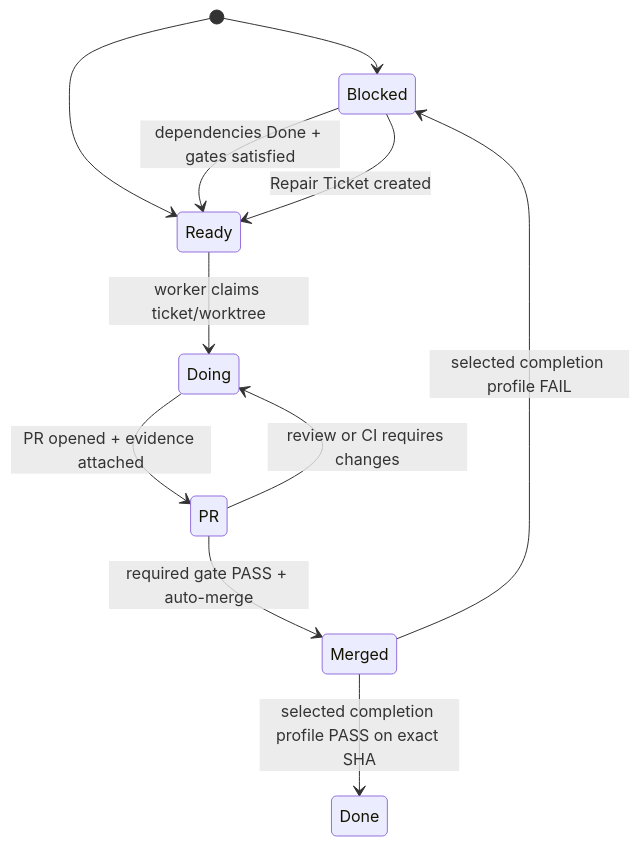
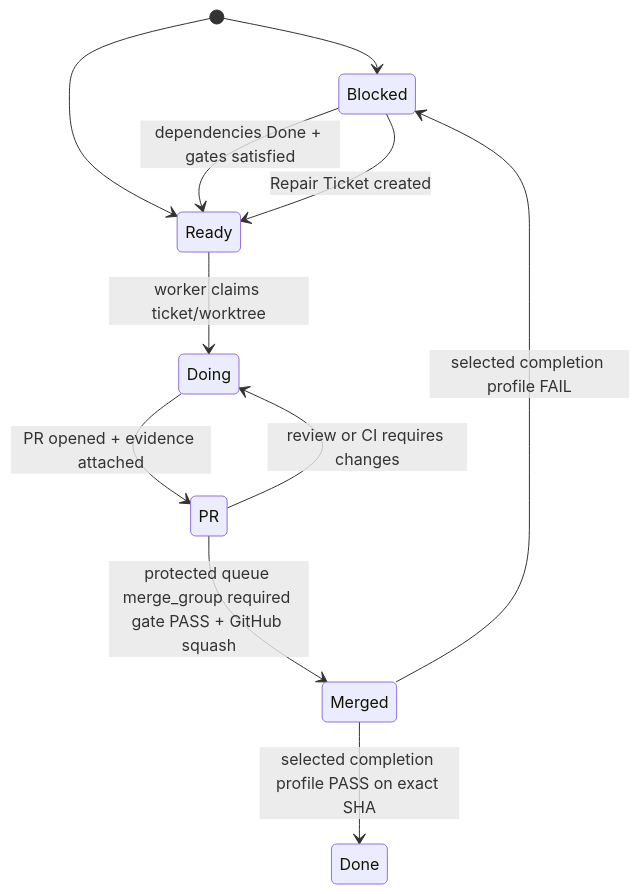
Before and after one commit to Wells-Huang/obs-voice-command-windows: the fourth of 4 diagrams in docs/plans/2026-08-17-windows-11-port-plan.md, drawn with Mermaid. The commit also changed other lines of this file and 11 other files, not shown here.

Commit message:
W11-009: add merge queue tracker policy (#7)

````diff
--- a/docs/plans/2026-08-17-windows-11-port-plan.md
+++ b/docs/plans/2026-08-17-windows-11-port-plan.md
@@ -442,13 +474,13 @@
 ```mermaid
 stateDiagram-v2
     [*] --> Blocked
     [*] --> Ready
     Blocked --> Ready: dependencies Done + gates satisfied
     Ready --> Doing: worker claims ticket/worktree
     Doing --> PR: PR opened + evidence attached
     PR --> Doing: review or CI requires changes
-    PR --> Merged: required gate PASS + auto-merge
+    PR --> Merged: protected queue merge_group required gate PASS + GitHub squash
     Merged --> Done: selected completion profile PASS on exact SHA
     Merged --> Blocked: selected completion profile FAIL
     Blocked --> Ready: Repair Ticket created
 ```
````
